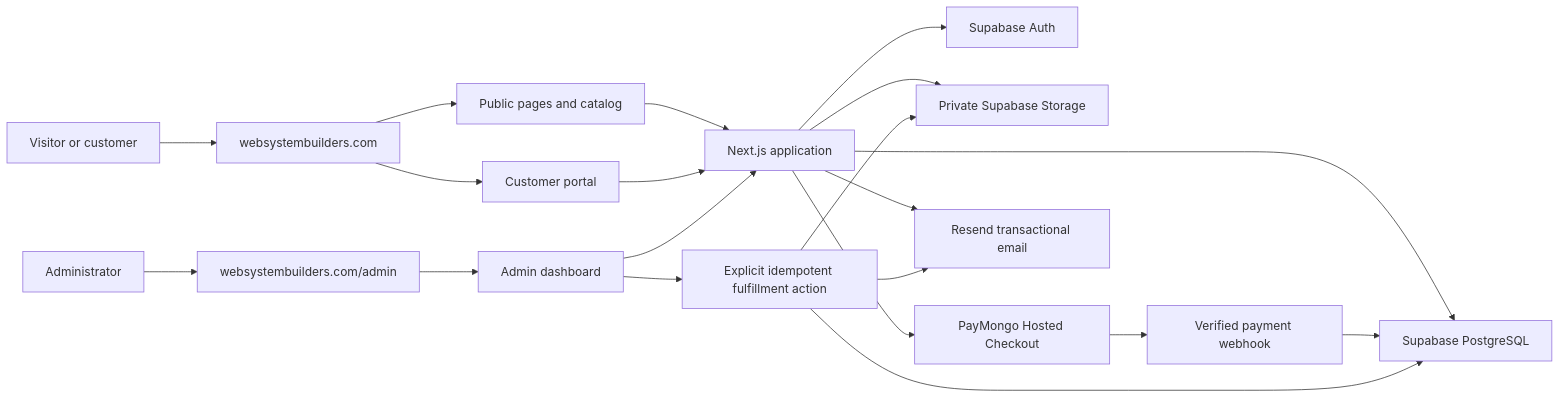
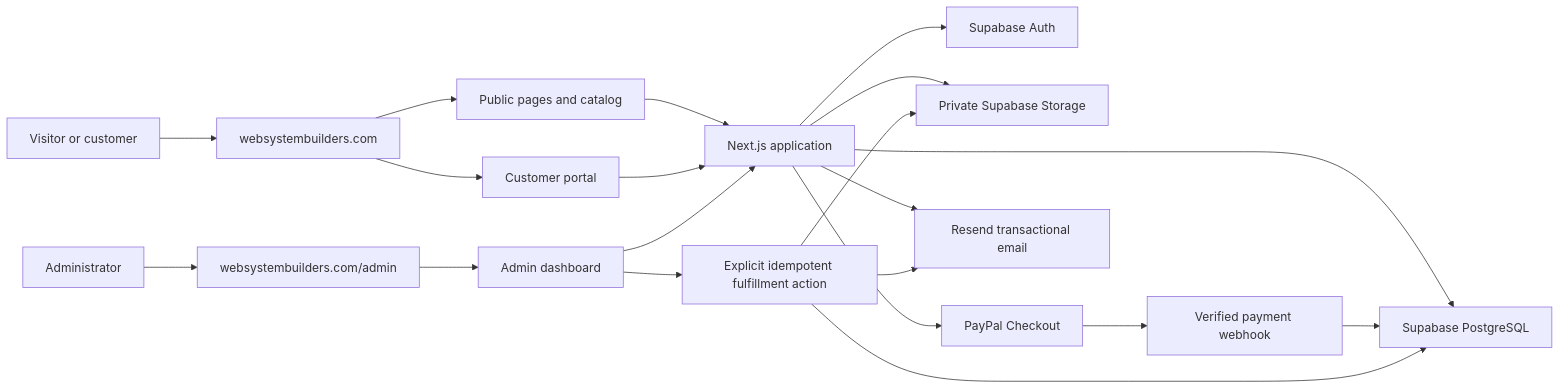
One commit to 12valor/WebSystemBuilders changed the first of 2 diagrams in docs/WEBSITE_BLUEPRINT.md. Above: the diagram before and after it, drawn with Mermaid. The commit also changed other lines of this file and 78 other files, not shown here.

First line of the commit message:
feat: replace PayMongo with PayPal Checkout

````diff
--- a/docs/WEBSITE_BLUEPRINT.md
+++ b/docs/WEBSITE_BLUEPRINT.md
@@ -85,26 +85,26 @@
 ```mermaid
 flowchart LR
     Visitor["Visitor or customer"] --> Site["websystembuilders.com"]
     Admin["Administrator"] --> AdminSite["websystembuilders.com/admin"]
 
     Site --> Public["Public pages and catalog"]
     Site --> Customer["Customer portal"]
     AdminSite --> Dashboard["Admin dashboard"]
 
     Public --> App["Next.js application"]
     Customer --> App
     Dashboard --> App
 
     App --> Database["Supabase PostgreSQL"]
     App --> Auth["Supabase Auth"]
     App --> Storage["Private Supabase Storage"]
-    App --> Payment["PayMongo Hosted Checkout"]
+    App --> Payment["PayPal Checkout"]
     App --> Email["Resend transactional email"]
 
     Payment --> Webhook["Verified payment webhook"]
     Webhook --> Database
     Dashboard --> Fulfillment["Explicit idempotent fulfillment action"]
     Fulfillment --> Database
     Fulfillment --> Storage
     Fulfillment --> Email
 ```
````
